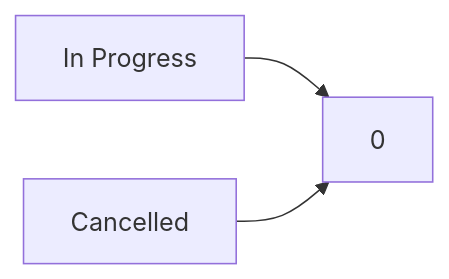
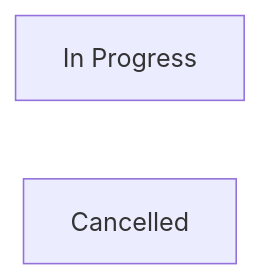
Before and after one commit to obsidian-tasks-group/obsidian-tasks: the diagram in tests/DocumentationSamples/DocsSamplesForStatuses.test.DefaultStatuses_custom-statuses.approved.mermaid.md, drawn with Mermaid. The commit also changed 2 other files, not shown here.

Commit message:
fix: In Mermaid diagrams, don't print out an edge to unknown statuses

````diff
--- a/tests/DocumentationSamples/DocsSamplesForStatuses.test.DefaultStatuses_custom-statuses.approved.mermaid.md
+++ b/tests/DocumentationSamples/DocsSamplesForStatuses.test.DefaultStatuses_custom-statuses.approved.mermaid.md
@@ -2,7 +2,6 @@
 ```mermaid
 flowchart LR
 1[In Progress]
 2[Cancelled]
-1 --> 0
-2 --> 0
+
 ```
````
